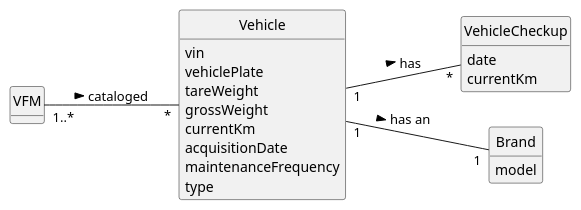
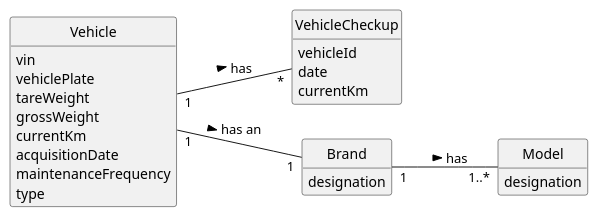
The diagram in docs/sprintB/us008/02.analysis/puml/us008-domain-model.puml (ricardomm7/leaflink), drawn with PlantUML before and after one commit. The commit also changed 1 other file, not shown here.

Commit message:
LFC2-140<Correct US008 domain model and domain model>

```diff
--- a/docs/sprintB/us008/02.analysis/puml/us008-domain-model.puml
+++ b/docs/sprintB/us008/02.analysis/puml/us008-domain-model.puml
@@ -1,39 +1,42 @@
 @startuml
 skinparam monochrome true
 skinparam packageStyle rectangle
 skinparam shadowing false
 
 skinparam classAttributeIconSize 0
 left to right direction
 
 hide circle
 hide methods
 
-class VFM {
-}
 
 class VehicleCheckup {
+    vehicleId
     date
     currentKm
 }
 
 class Vehicle {
 vin
 vehiclePlate
 tareWeight
 grossWeight
 currentKm
 acquisitionDate
 maintenanceFrequency
 type
 }
 
 class Brand {
-model
+    designation
+}
+
+class Model{
+    designation
 }
 
 
 Vehicle "1"-- "1" Brand: has an >
-VFM "1..*" -- "*" Vehicle : cataloged >
+Brand "1" -- "1..*" Model: has >
 Vehicle "1" -- "*" VehicleCheckup : has >
 @enduml
```
